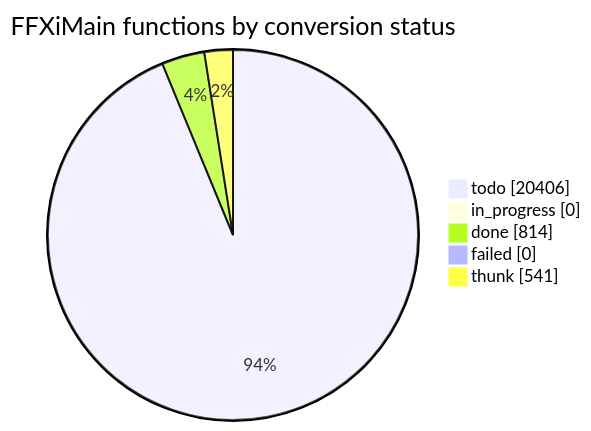
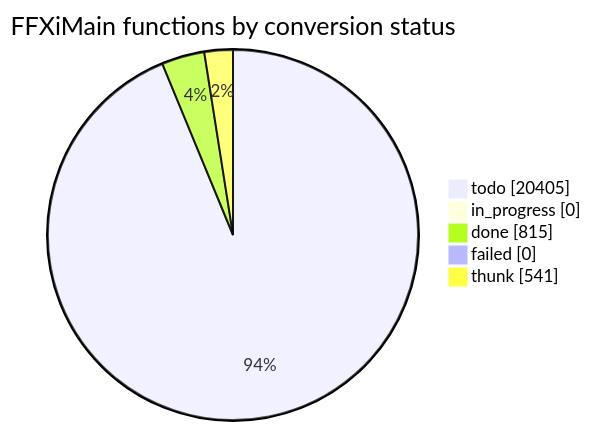
One commit to cowrevenge/cow_kuluu_xi_anything changed the diagram in docs/cow/STATUS.md. Above: the diagram before and after it, drawn with Mermaid. The commit also changed other lines of this file and 9 other files, not shown here.

````diff
--- a/docs/cow/STATUS.md
+++ b/docs/cow/STATUS.md
@@ -18,9 +18,9 @@
 ```mermaid
 pie showData
     title FFXiMain functions by conversion status
-    "todo" : 20406
+    "todo" : 20405
     "in_progress" : 0
-    "done" : 814
+    "done" : 815
     "failed" : 0
     "thunk" : 541
 ```
````
